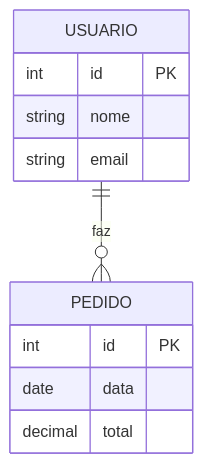
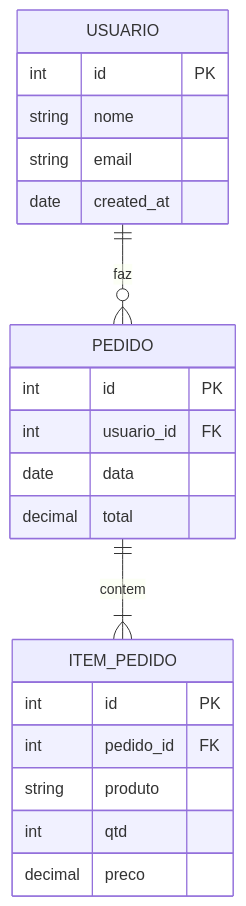
One commit to aajunior43/workspace-backup changed the fifth of 14 diagrams in Skills/mermaid-diagrams/SKILL.md. Above: the diagram before and after it, drawn with Mermaid. The commit also changed other lines of this file and 5 other files, not shown here.

````diff
--- a/Skills/mermaid-diagrams/SKILL.md
+++ b/Skills/mermaid-diagrams/SKILL.md
@@ -99,14 +122,24 @@
 ```mermaid
 erDiagram
     USUARIO {
         int id PK
         string nome
         string email
+        date created_at
     }
     PEDIDO {
         int id PK
+        int usuario_id FK
         date data
         decimal total
     }
+    ITEM_PEDIDO {
+        int id PK
+        int pedido_id FK
+        string produto
+        int qtd
+        decimal preco
+    }
     USUARIO ||--o{ PEDIDO : faz
+    PEDIDO ||--|{ ITEM_PEDIDO : contem
 ```
````
